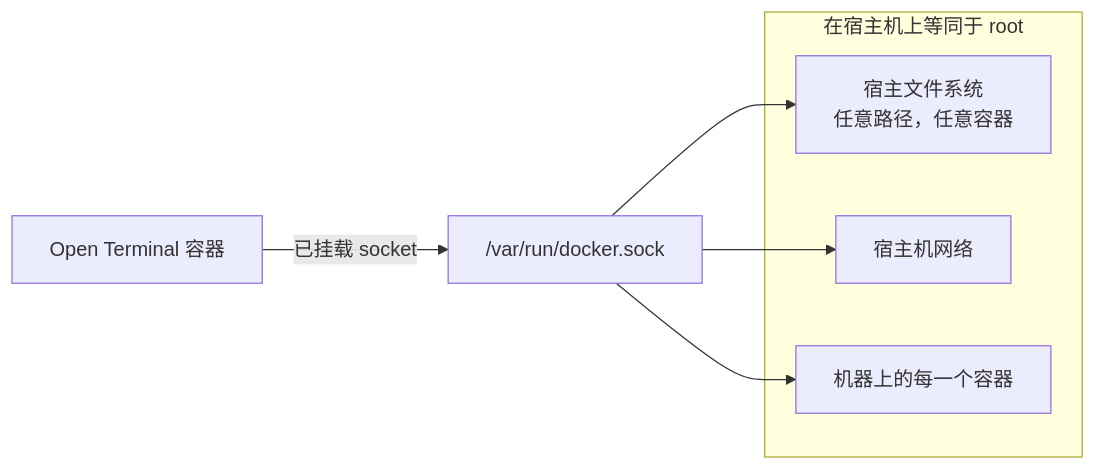
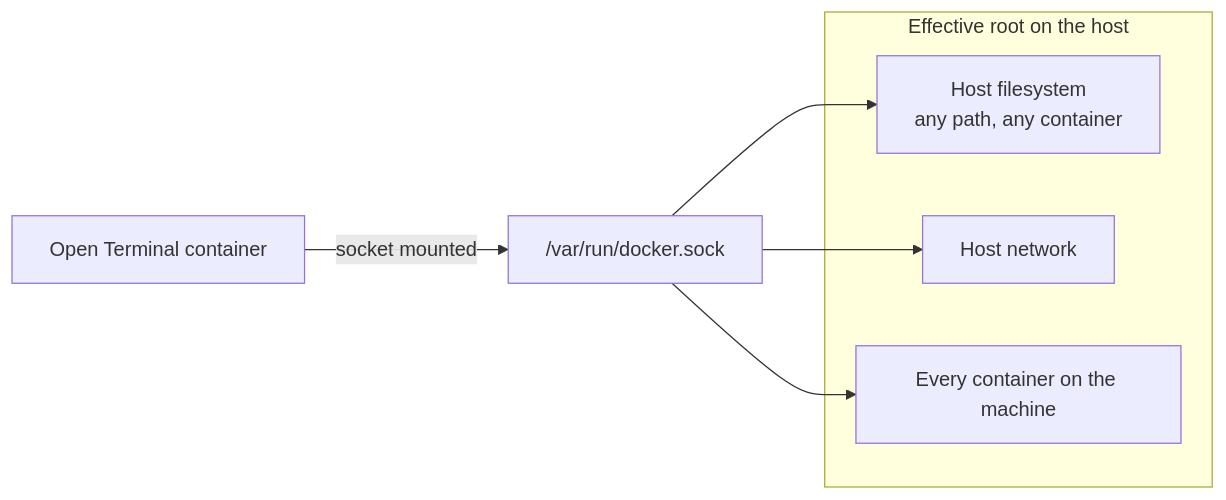
Before and after one commit to SMYQH/openwebuidocs: the third of 3 diagrams in zh-cn/docs/features/open-terminal/advanced/security.md, drawn with Mermaid. The commit also changed other lines of this file and 116 other files, not shown here.

````diff
--- a/zh-cn/docs/features/open-terminal/advanced/security.md
+++ b/zh-cn/docs/features/open-terminal/advanced/security.md
@@ -220,14 +220,14 @@
 ```mermaid
 flowchart LR
-    Terminal["Open Terminal 容器"]
+    Terminal["Open Terminal container"]
     Socket["/var/run/docker.sock"]
-    subgraph HostControl["在宿主机上等同于 root"]
-        FS["宿主文件系统<br/>任意路径，任意容器"]
-        Net["宿主机网络"]
-        Ctrs["机器上的每一个容器"]
+    subgraph HostControl["Effective root on the host"]
+        FS["Host filesystem<br/>any path, any container"]
+        Net["Host network"]
+        Ctrs["Every container on the machine"]
     end
-    Terminal -->|"已挂载 socket"| Socket
+    Terminal -->|"socket mounted"| Socket
     Socket --> FS
     Socket --> Net
     Socket --> Ctrs
 ```
````
